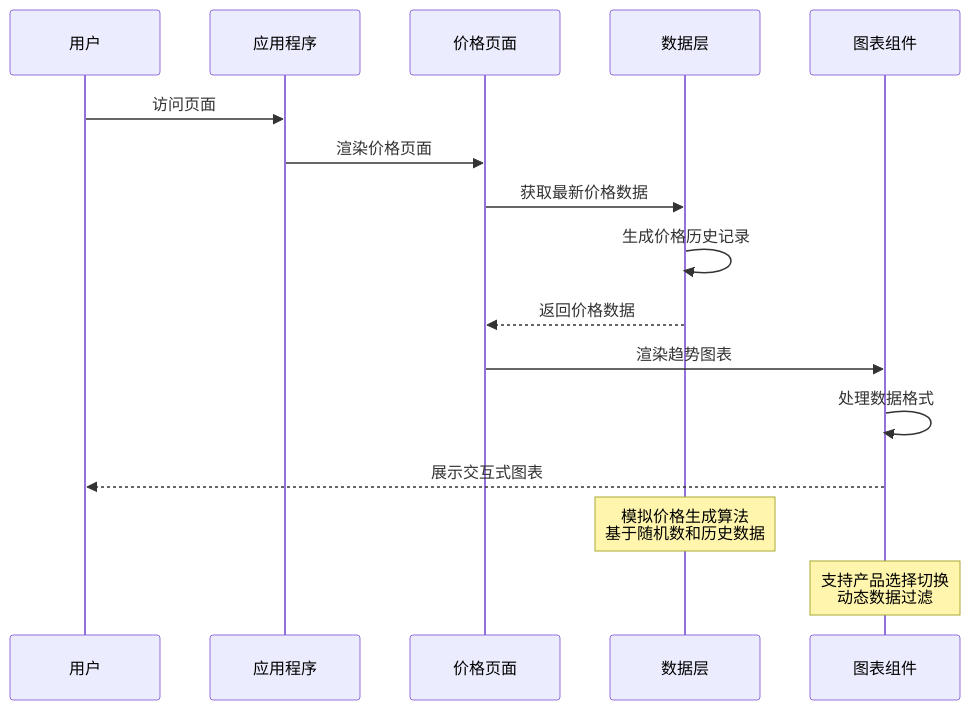
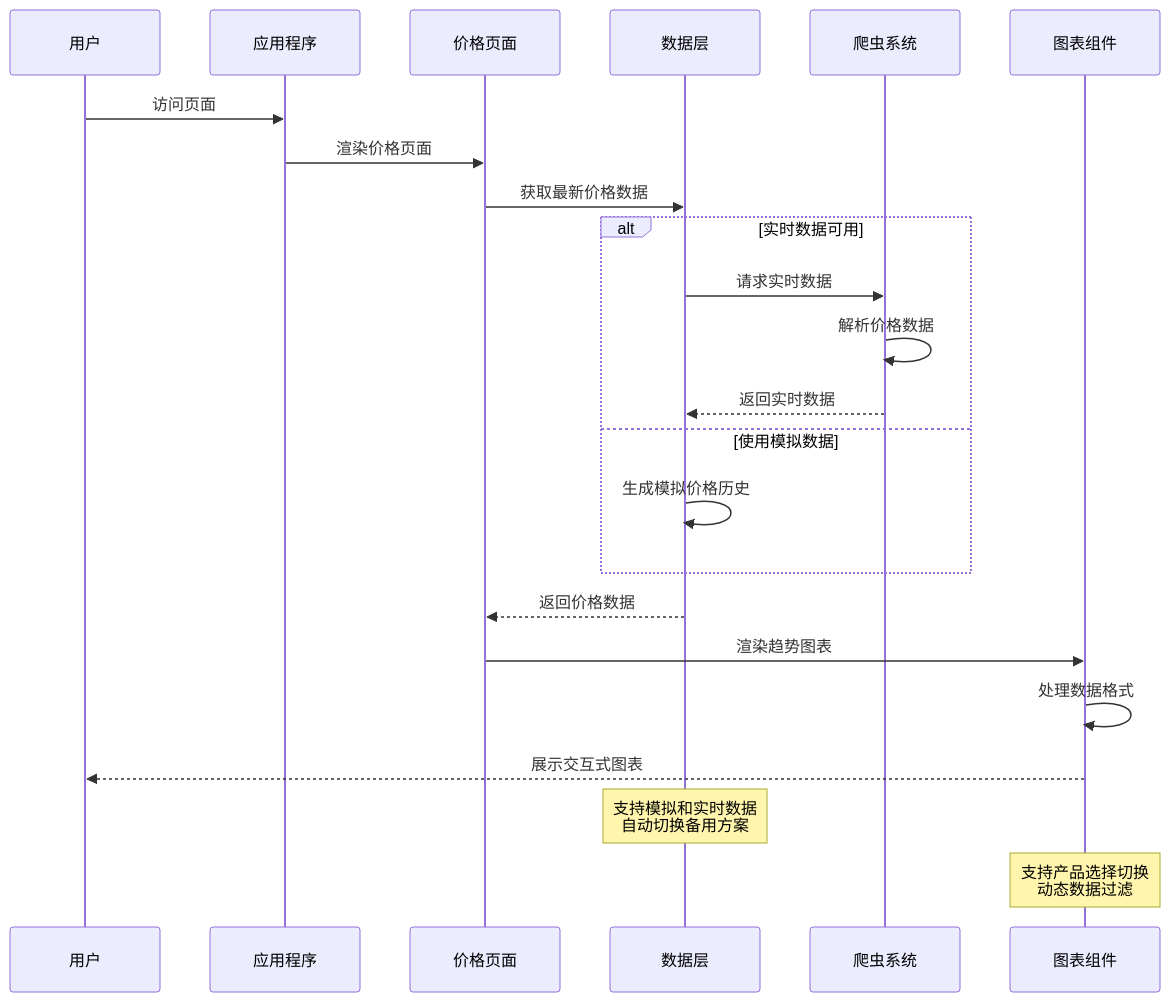
Before and after one commit to liangxuanliang-cmd/carbon-info-agent: the fourth of 11 diagrams in .qoder/repowiki/zh/content/数据管理/价格数据管理.md, drawn with Mermaid. The commit also changed other lines of this file and 6 other files, not shown here.

````diff
--- a/.qoder/repowiki/zh/content/数据管理/价格数据管理.md
+++ b/.qoder/repowiki/zh/content/数据管理/价格数据管理.md
@@ -149,18 +229,25 @@
 ```mermaid
 sequenceDiagram
 participant User as 用户
 participant App as 应用程序
 participant Section as 价格页面
 participant Data as 数据层
+participant Crawler as 爬虫系统
 participant Chart as 图表组件
 User->>App : 访问页面
 App->>Section : 渲染价格页面
 Section->>Data : 获取最新价格数据
-Data->>Data : 生成价格历史记录
+alt 实时数据可用
+Data->>Crawler : 请求实时数据
+Crawler->>Crawler : 解析价格数据
+Crawler-->>Data : 返回实时数据
+else 使用模拟数据
+Data->>Data : 生成模拟价格历史
+end
 Data-->>Section : 返回价格数据
 Section->>Chart : 渲染趋势图表
 Chart->>Chart : 处理数据格式
 Chart-->>User : 展示交互式图表
-Note over Data : 模拟价格生成算法<br/>基于随机数和历史数据
+Note over Data : 支持模拟和实时数据<br/>自动切换备用方案
 Note over Chart : 支持产品选择切换<br/>动态数据过滤
 ```
````
